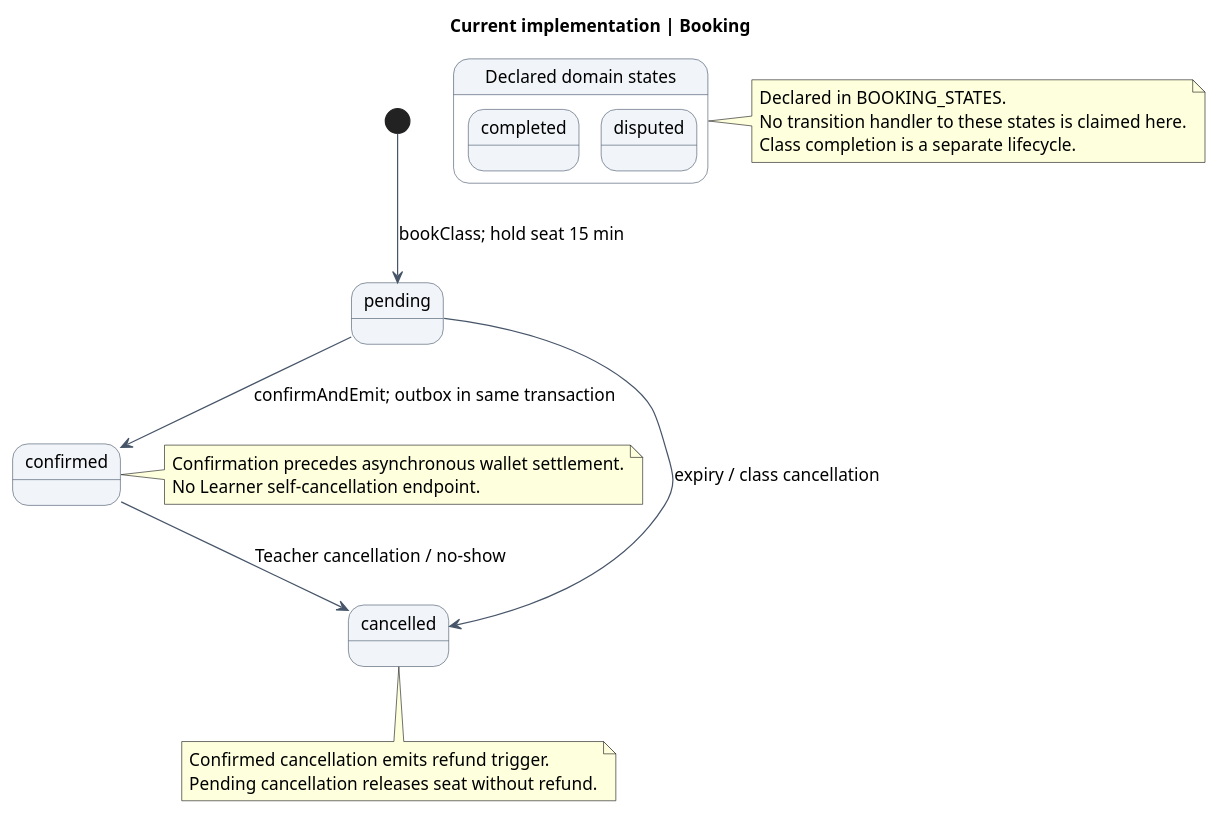
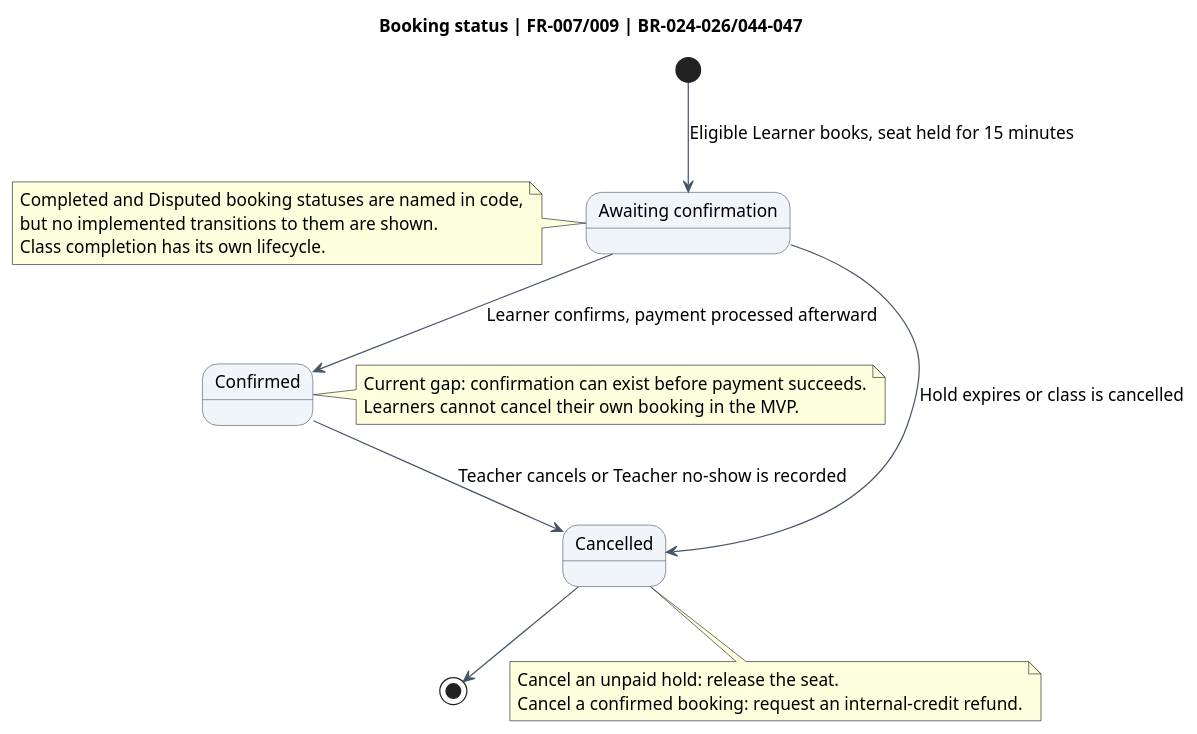
One commit to trankien022/SkillSwap changed the diagram in docs/diagrams/checkpoint/source/state-booking.puml. Above: the diagram before and after it, drawn with PlantUML. The commit also changed 62 other files, not shown here.

First line of the commit message:
docs(diagrams): refresh diagrams against current code (#77)

```diff
--- a/docs/diagrams/checkpoint/source/state-booking.puml
+++ b/docs/diagrams/checkpoint/source/state-booking.puml
@@ -1,35 +1,35 @@
 @startuml
-title Current implementation | Booking
+title Booking status | FR-007/009 | BR-024–026/044–047
 skinparam backgroundColor #FFFFFF
 skinparam shadowing false
 skinparam defaultFontName Arial
 skinparam defaultFontSize 14
 skinparam ArrowColor #475569
+skinparam activityBackgroundColor #F1F5F9
+skinparam activityBorderColor #475569
 skinparam sequenceParticipantBackgroundColor #F1F5F9
 skinparam sequenceParticipantBorderColor #475569
-skinparam activityBackgroundColor #F1F5F9
-skinparam activityBorderColor #475569
 skinparam stateBackgroundColor #F1F5F9
 skinparam stateBorderColor #475569
-[*] --> pending : bookClass; hold seat 15 min
-pending --> confirmed : confirmAndEmit; outbox in same transaction
-pending --> cancelled : expiry / class cancellation
-confirmed --> cancelled : Teacher cancellation / no-show
+state "Awaiting confirmation" as pending
+state "Confirmed" as confirmed
+state "Cancelled" as cancelled
+[*] --> pending : Eligible Learner books, seat held for 15 minutes
+pending --> confirmed : Learner confirms, payment processed afterward
+pending --> cancelled : Hold expires or class is cancelled
+confirmed --> cancelled : Teacher cancels or Teacher no-show is recorded
+cancelled --> [*]
 note right of confirmed
- Confirmation precedes asynchronous wallet settlement.
- No Learner self-cancellation endpoint.
+ Current gap: confirmation can exist before payment succeeds.
+ Learners cannot cancel their own booking in the MVP.
 end note
 note bottom of cancelled
- Confirmed cancellation emits refund trigger.
- Pending cancellation releases seat without refund.
+ Cancel an unpaid hold: release the seat.
+ Cancel a confirmed booking: request an internal-credit refund.
 end note
-state "Declared domain states" as Declared {
- state completed
- state disputed
-}
-note right of Declared
- Declared in BOOKING_STATES.
- No transition handler to these states is claimed here.
- Class completion is a separate lifecycle.
+note left of pending
+ Completed and Disputed booking statuses are named in code,
+ but no implemented transitions to them are shown.
+ Class completion has its own lifecycle.
 end note
 @enduml
```
